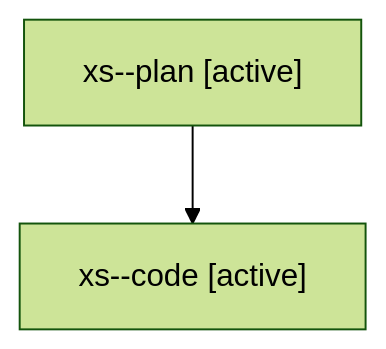
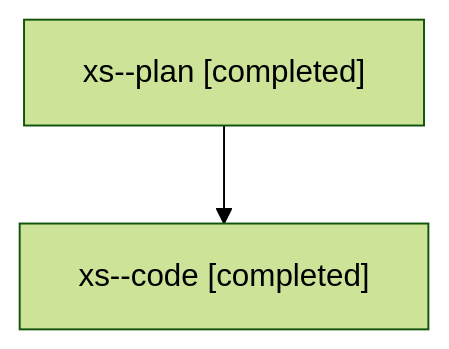
One commit to sase-org/sase--agents changed the diagram in families/bbugyi200.athena.xs.md. Above: the diagram before and after it, drawn with Mermaid (forest theme). The commit also changed other lines of this file and 15 other files, not shown here.

````diff
--- a/families/bbugyi200.athena.xs.md
+++ b/families/bbugyi200.athena.xs.md
@@ -9,6 +9,6 @@
 ```mermaid
 flowchart TD
-  n0["xs--plan [active]"]
-  n1["xs--code [active]"]
+  n0["xs--plan [completed]"]
+  n1["xs--code [completed]"]
   n0 --> n1
 ```
````
